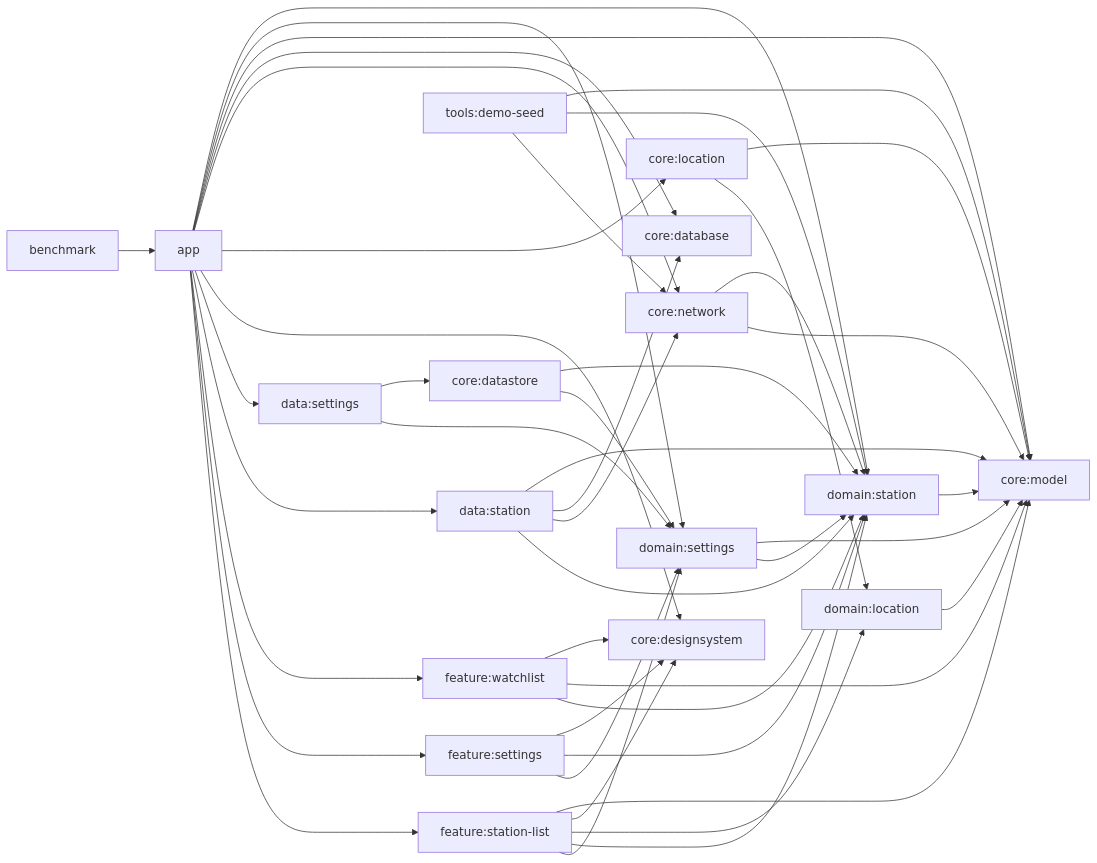
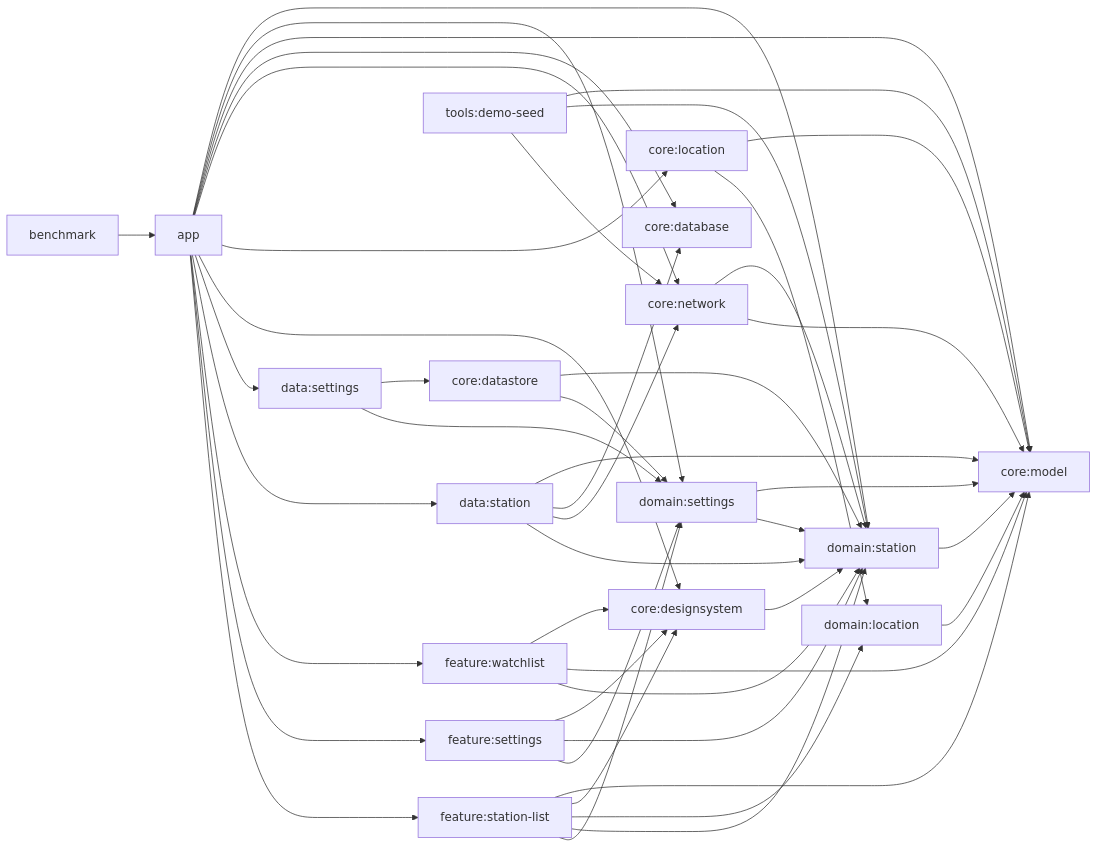
One commit to beyondwin/GasStation changed the diagram in docs/architecture.md. Above: the diagram before and after it, drawn with Mermaid. The commit also changed other lines of this file and 8 other files, not shown here.

````diff
--- a/docs/architecture.md
+++ b/docs/architecture.md
@@ -17,54 +17,55 @@
 ```mermaid
 flowchart LR
     app["app"] --> fstation["feature:station-list"]
     app --> fsettings["feature:settings"]
     app --> fwatch["feature:watchlist"]
     app --> dstation["data:station"]
     app --> dsettings["data:settings"]
     app --> cdesign["core:designsystem"]
     app --> clocation["core:location"]
     app --> cnetwork["core:network"]
     app --> cdatabase["core:database"]
     app --> cmodel["core:model"]
     app --> domSettings["domain:settings"]
     app --> domStation["domain:station"]
 
     fstation --> domSettings
     fstation --> domStation
     fstation --> domLocation["domain:location"]
     fstation --> cdesign
     fstation --> cmodel
 
     fsettings --> domSettings
     fsettings --> domStation
     fsettings --> cdesign
 
     fwatch --> domStation
     fwatch --> cmodel
     fwatch --> cdesign
+    cdesign --> domStation
 
     dstation --> domStation
     dstation --> cnetwork
     dstation --> cdatabase
     dstation --> cmodel
 
     dsettings --> domSettings
     dsettings --> cstore["core:datastore"]
 
     cstore --> domSettings
     cstore --> domStation
     cnetwork --> cmodel
     cnetwork --> domStation
 
     clocation --> domLocation
     clocation --> cmodel
     domSettings --> domStation
     domSettings --> cmodel
     domLocation --> cmodel
     domStation --> cmodel
 
     tools["tools:demo-seed"] --> cnetwork
     tools --> domStation
     tools --> cmodel
     benchmark["benchmark"] --> app
 ```
````
